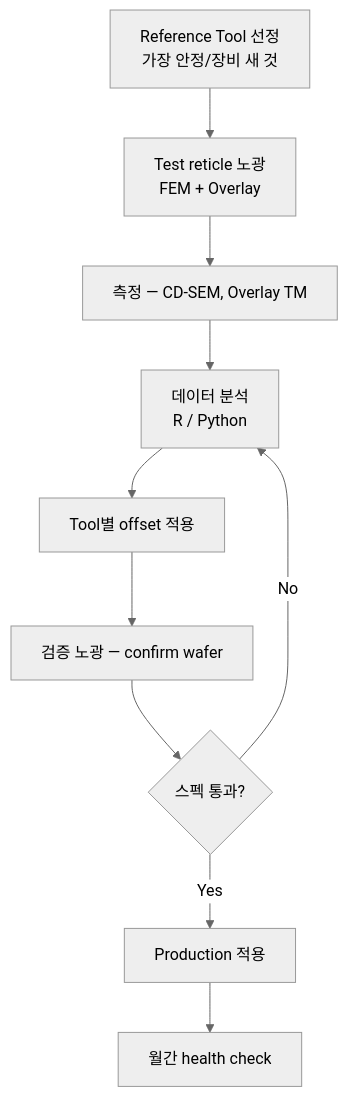
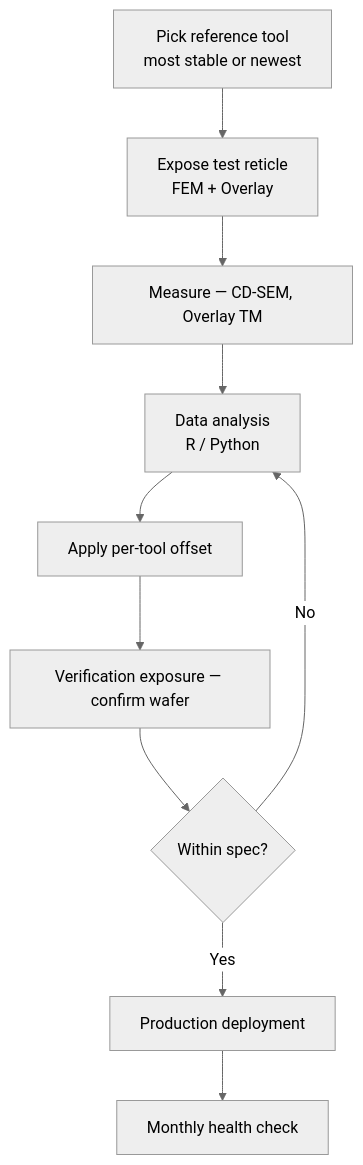
Before and after one commit to btjeon/sic-wiki: the second of 2 diagrams in docs/04-control-ai/photo-tool-matching.md, drawn with Mermaid (neutral theme). The commit also changed other lines of this file and 9 other files, not shown here.

````diff
--- a/docs/04-control-ai/photo-tool-matching.md
+++ b/docs/04-control-ai/photo-tool-matching.md
@@ -66,12 +70,12 @@
 ```mermaid
 flowchart TD
-    A[Reference Tool 선정<br/>가장 안정/장비 새 것] --> B[Test reticle 노광<br/>FEM + Overlay]
-    B --> C[측정 — CD-SEM, Overlay TM]
-    C --> D[데이터 분석<br/>R / Python]
-    D --> E[Tool별 offset 적용]
-    E --> F[검증 노광 — confirm wafer]
-    F --> G{스펙 통과?}
+    A[Pick reference tool<br/>most stable or newest] --> B[Expose test reticle<br/>FEM + Overlay]
+    B --> C[Measure — CD-SEM, Overlay TM]
+    C --> D[Data analysis<br/>R / Python]
+    D --> E[Apply per-tool offset]
+    E --> F[Verification exposure — confirm wafer]
+    F --> G{Within spec?}
     G -- No --> D
-    G -- Yes --> H[Production 적용]
-    H --> I[월간 health check]
+    G -- Yes --> H[Production deployment]
+    H --> I[Monthly health check]
 ```
````
